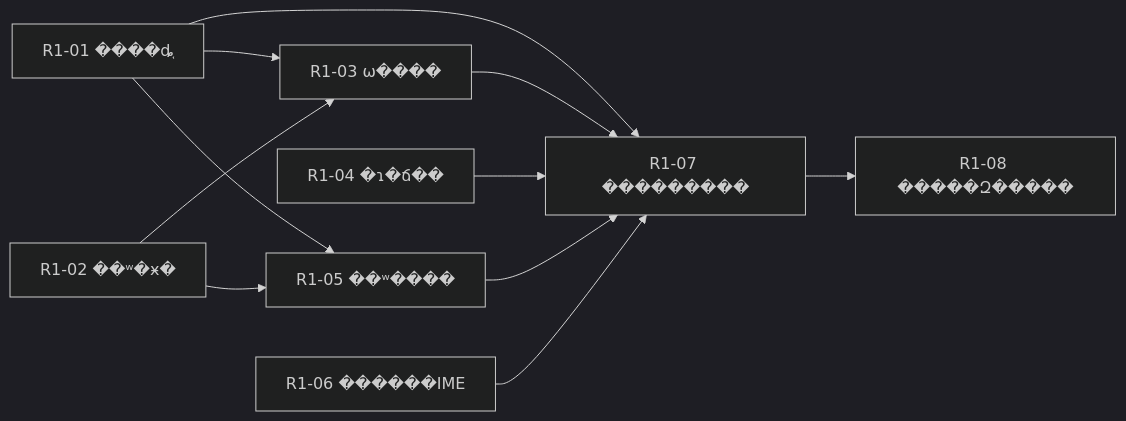
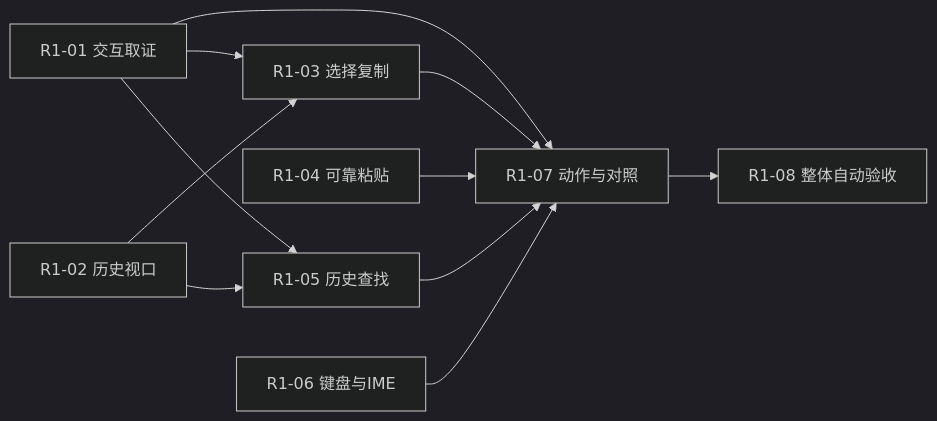
Before and after one commit to JavaZeroo/termforge: the diagram in docs/milestones/R1-local-text.md, drawn with Mermaid (dark theme). The commit also changed other lines of this file and 1 other file, not shown here.

Commit message:
docs: preserve UTF-8 Chinese content in roadmap publication

````diff
--- a/docs/milestones/R1-local-text.md
+++ b/docs/milestones/R1-local-text.md
@@ -26,13 +26,13 @@
 ```mermaid
 flowchart LR
-  A[R1-01 ����ȡ֤] --> C[R1-03 ѡ����]
-  B[R1-02 ��ʷ�ӿ�] --> C
-  A --> E[R1-05 ��ʷ����]
+  A[R1-01 交互取证] --> C[R1-03 选择复制]
+  B[R1-02 历史视口] --> C
+  A --> E[R1-05 历史查找]
   B --> E
-  A --> G[R1-07 ���������]
+  A --> G[R1-07 动作与对照]
   C --> G
-  D[R1-04 �ɿ�ճ��] --> G
+  D[R1-04 可靠粘贴] --> G
   E --> G
-  F[R1-06 ������IME] --> G
-  G --> H[R1-08 �����Զ�����]
+  F[R1-06 键盘与IME] --> G
+  G --> H[R1-08 整体自动验收]
 ```
````
